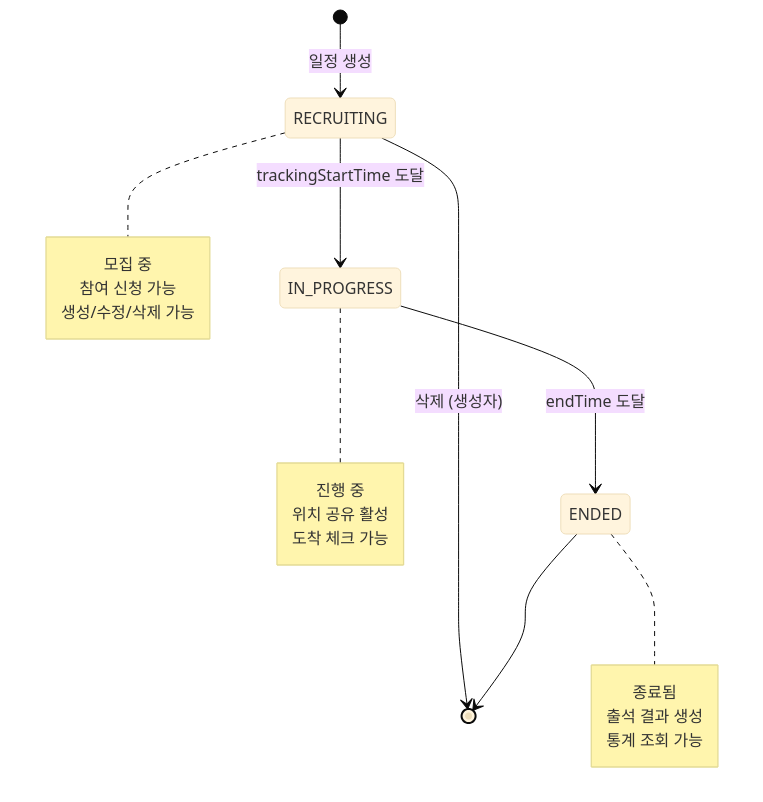
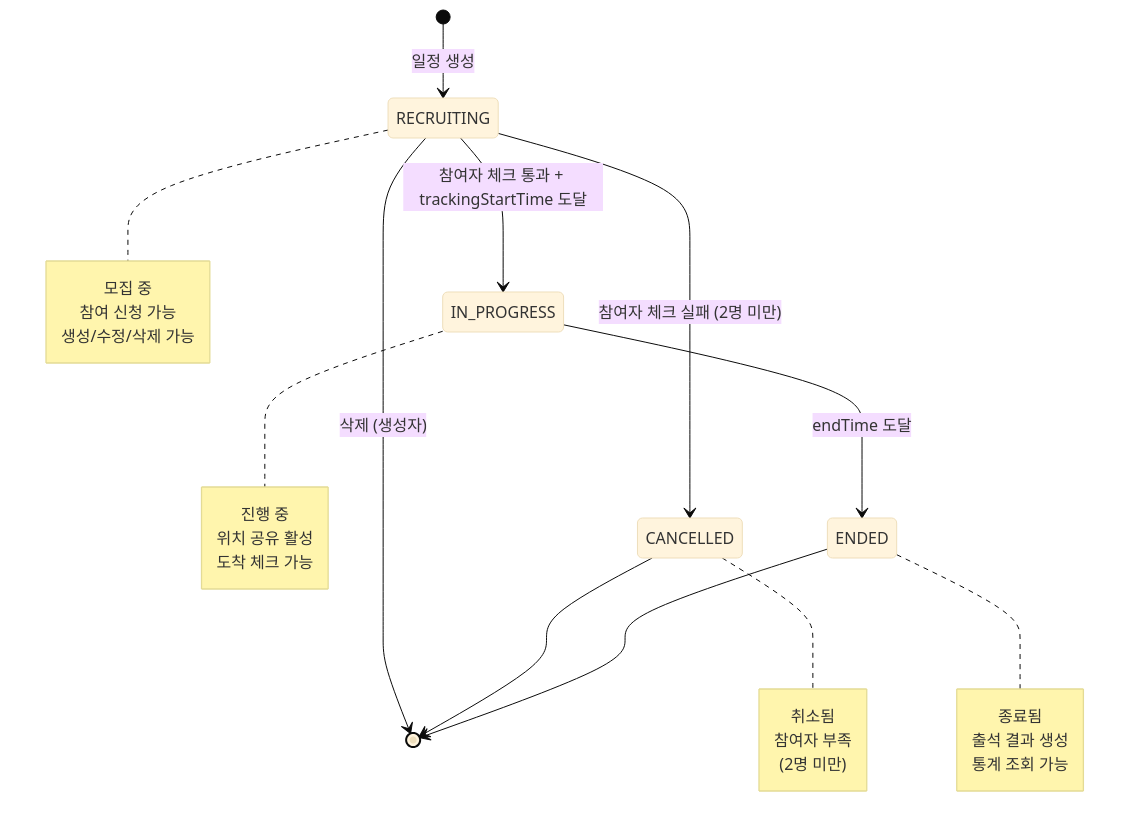
Before and after one commit to Jinhjlog/rdv-backend-v2: the third of 6 diagrams in docs/requirements/EVENT_FLOW.md, drawn with Mermaid (base theme). The commit also changed other lines of this file and 1 other file, not shown here.

First line of the commit message:
📝 docs: 이벤트 - 참여자 체크 기능 요구사항 문서 업데이트

````diff
--- a/docs/requirements/EVENT_FLOW.md
+++ b/docs/requirements/EVENT_FLOW.md
@@ -564,26 +617,34 @@
 ```mermaid
 stateDiagram-v2
     [*] --> RECRUITING: 일정 생성
-    RECRUITING --> IN_PROGRESS: trackingStartTime 도달
+    RECRUITING --> IN_PROGRESS: 참여자 체크 통과 + trackingStartTime 도달
+    RECRUITING --> CANCELLED: 참여자 체크 실패 (2명 미만)
     IN_PROGRESS --> ENDED: endTime 도달
     RECRUITING --> [*]: 삭제 (생성자)
+    CANCELLED --> [*]
     ENDED --> [*]
 
     note right of RECRUITING
         모집 중
         참여 신청 가능
         생성/수정/삭제 가능
     end note
 
     note right of IN_PROGRESS
         진행 중
         위치 공유 활성
         도착 체크 가능
     end note
 
+    note right of CANCELLED
+        취소됨
+        참여자 부족
+        (2명 미만)
+    end note
+
     note right of ENDED
         종료됨
         출석 결과 생성
         통계 조회 가능
     end note
 ```
````
